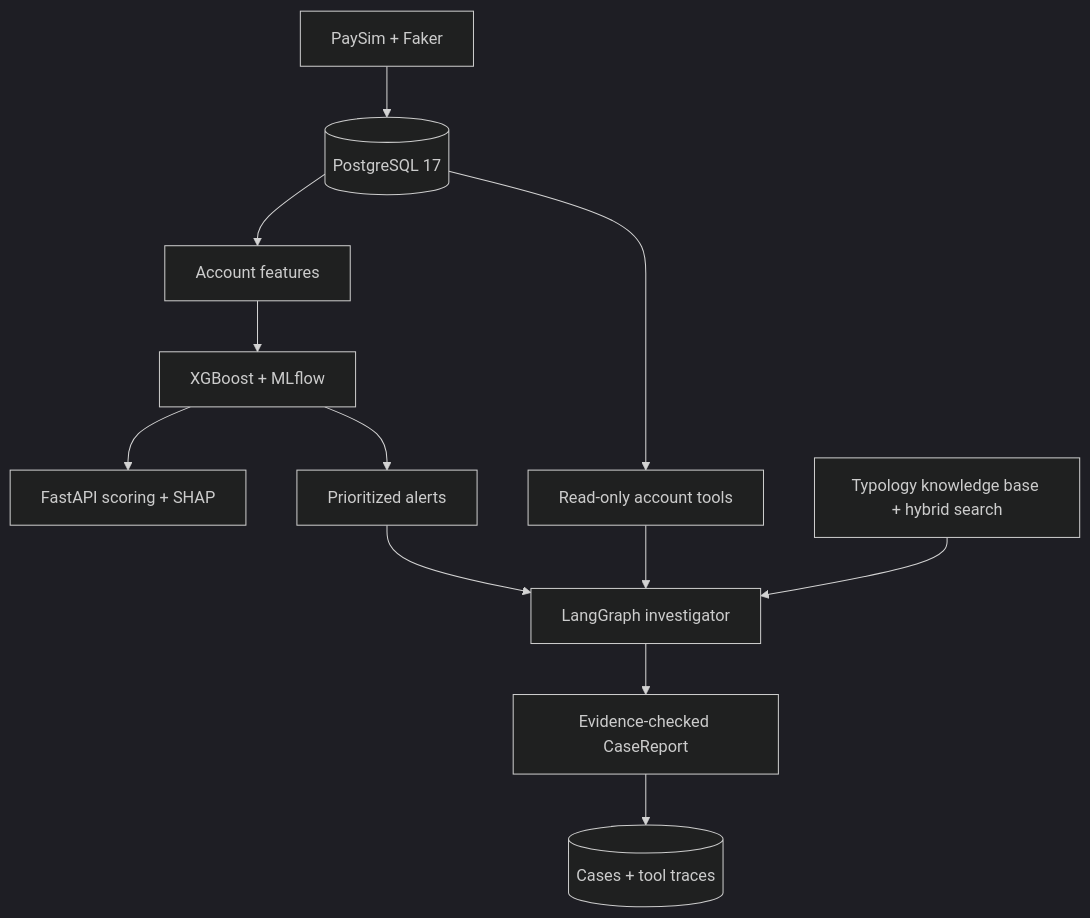
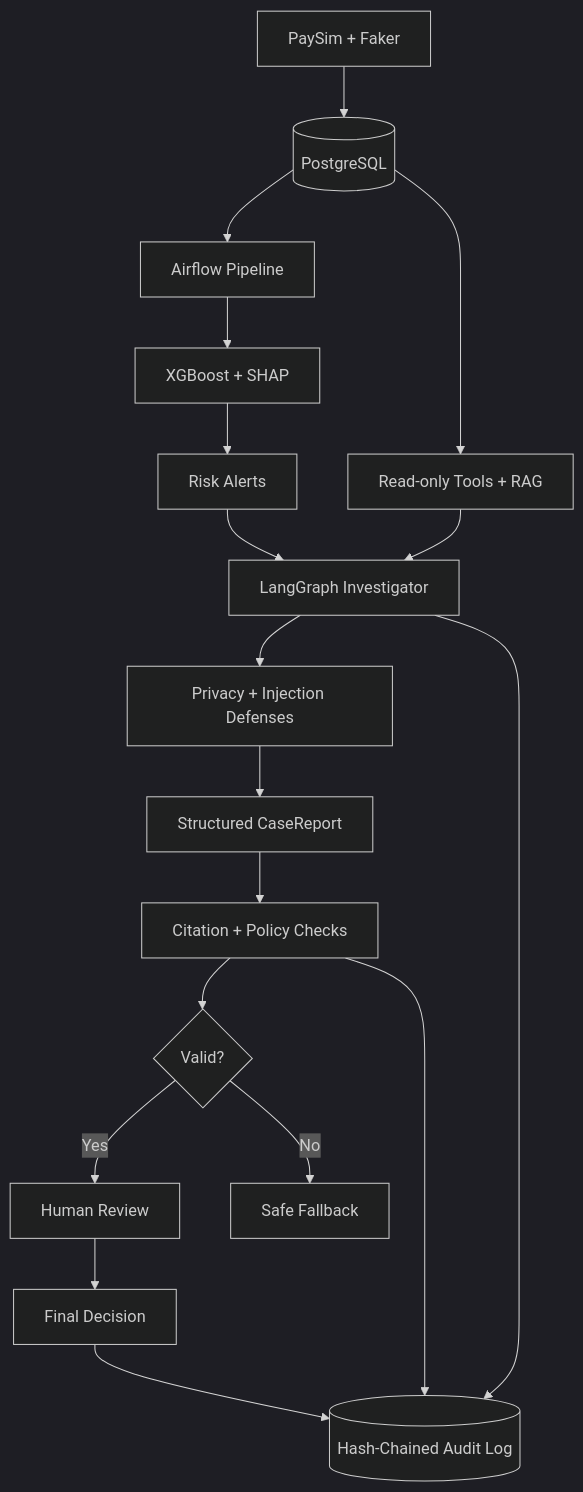
Before and after one commit to thearyangupta/MuleWatch: the diagram in README.md, drawn with Mermaid (dark theme). The commit also changed other lines of this file and 9 other files, not shown here.

Commit message:
feat: add hash-chained audit trail and AI governance

````diff
--- a/README.md
+++ b/README.md
@@ -28,14 +26,20 @@
 ```mermaid
 flowchart TD
-    A[PaySim + Faker] --> B[(PostgreSQL 17)]
-    B --> C[Account features]
-    C --> D[XGBoost + MLflow]
-    D --> E[FastAPI scoring + SHAP]
-    D --> F[Prioritized alerts]
-    F --> G[LangGraph investigator]
-    B --> H[Read-only account tools]
-    H --> G
-    I[Typology knowledge base + hybrid search] --> G
-    G --> J[Evidence-checked CaseReport]
-    J --> K[(Cases + tool traces)]
+    A[PaySim + Faker] --> B[(PostgreSQL)]
+    B --> C[Airflow Pipeline]
+    C --> D[XGBoost + SHAP]
+    D --> E[Risk Alerts]
+    E --> F[LangGraph Investigator]
+    B --> G[Read-only Tools + RAG]
+    G --> F
+    F --> H[Privacy + Injection Defenses]
+    H --> I[Structured CaseReport]
+    I --> J[Citation + Policy Checks]
+    J --> K{Valid?}
+    K -->|Yes| L[Human Review]
+    K -->|No| M[Safe Fallback]
+    L --> N[Final Decision]
+    F --> O[(Hash-Chained Audit Log)]
+    J --> O
+    N --> O
 ```
````
